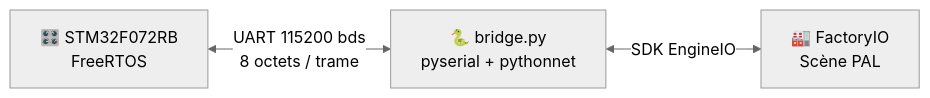
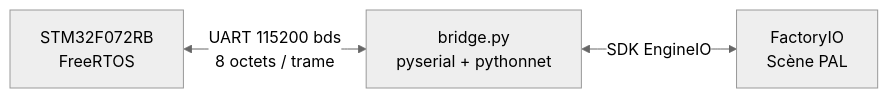
Before and after one commit to Tom-PSLD/STM32-PAL-FreeRTOS: the first of 3 diagrams in README.md, drawn with Mermaid (neutral theme). The commit also changed other lines of this file, not shown here.

````diff
--- a/README.md
+++ b/README.md
@@ -12,8 +12,8 @@
 ```mermaid
 graph LR
-    STM32["🎛️ STM32F072RB\nFreeRTOS"]
-    BRIDGE["🐍 bridge.py\npyserial + pythonnet"]
-    FACTORY["🏭 FactoryIO\nScène PAL"]
+    STM32["STM32F072RB\nFreeRTOS"]
+    BRIDGE[" bridge.py\npyserial + pythonnet"]
+    FACTORY[" FactoryIO\nScène PAL"]
     STM32 <-->|"UART 115200 bds\n8 octets / trame"| BRIDGE
     BRIDGE <-->|"SDK EngineIO"| FACTORY
 ```
````
